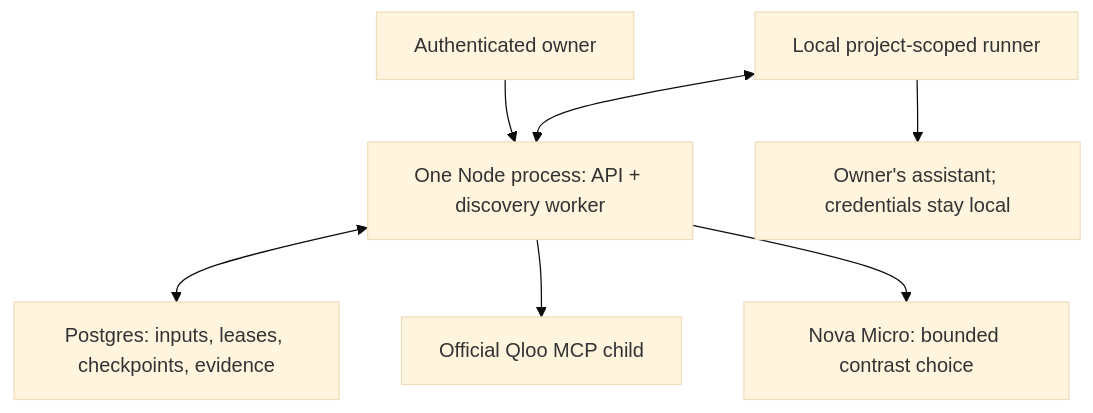
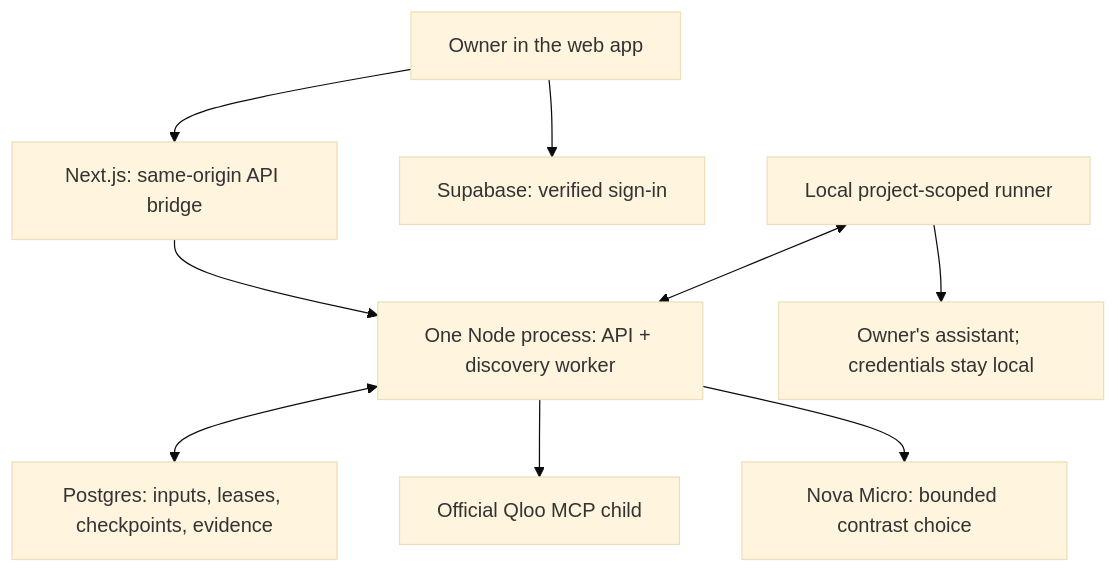
Before and after one commit to CryptoZephyr/tastecase: the second of 2 diagrams in README.md, drawn with Mermaid (base theme). The commit also changed other lines of this file and 79 other files, not shown here.

Commit message:
Wire Supabase auth and backend-backed TasteCase web flows

````diff
--- a/README.md
+++ b/README.md
@@ -67,9 +67,11 @@
 ```mermaid
 flowchart TB
-  Owner["Authenticated owner"] --> Backend["One Node process: API + discovery worker"]
+  Owner["Owner in the web app"] --> Web["Next.js: same-origin API bridge"]
+  Owner --> Auth["Supabase: verified sign-in"]
+  Web --> Backend["One Node process: API + discovery worker"]
   Backend <--> DB["Postgres: inputs, leases, checkpoints, evidence"]
   Backend --> MCP["Official Qloo MCP child"]
   Backend --> Nova["Nova Micro: bounded contrast choice"]
   Runner["Local project-scoped runner"] <--> Backend
   Runner --> Target["Owner's assistant; credentials stay local"]
 ```
````
